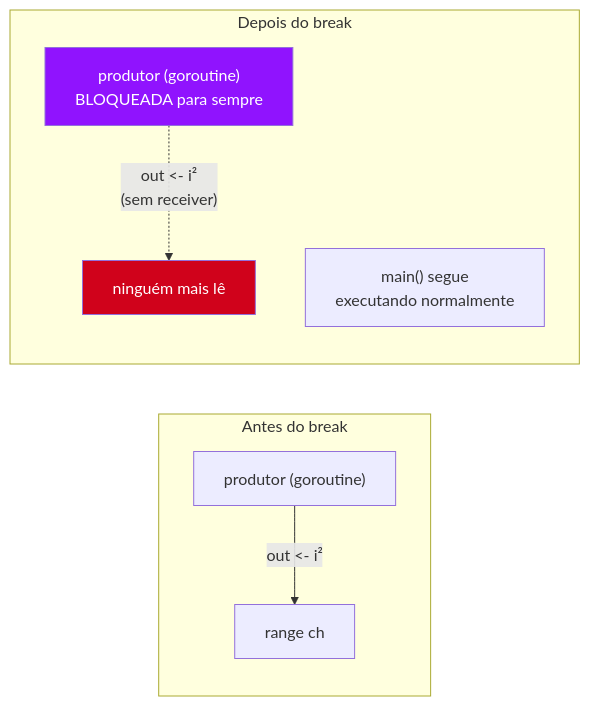
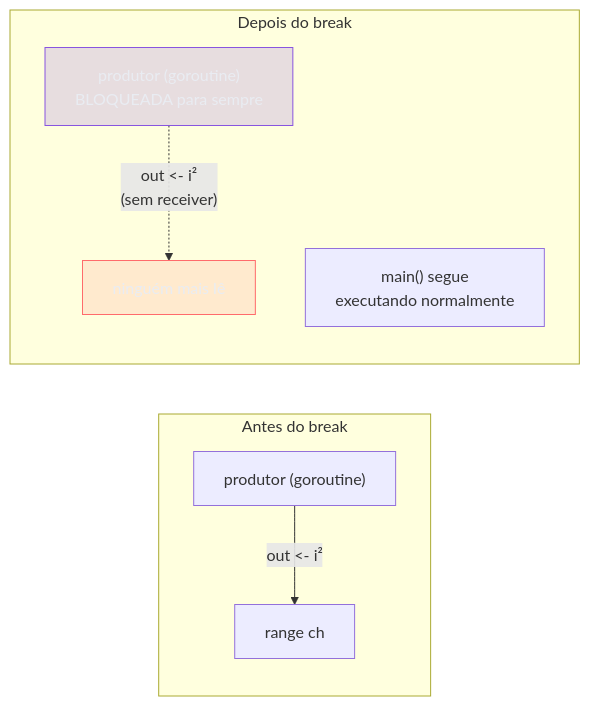
One commit to josenaldo/codex-technomanticus changed the third of 4 diagrams in 03-Dominios/Tecnologia/Go/08 - Channels e select/08 - Armadilhas de channels.md. Above: the diagram before and after it, drawn with Mermaid. The commit also changed other lines of this file and 1181 other files, not shown here.

First line of the commit message:
fix(diagramas): paleta do sistema no lugar de cor cravada no markdown

````diff
--- a/03-Dominios/Tecnologia/Go/08 - Channels e select/08 - Armadilhas de channels.md
+++ b/03-Dominios/Tecnologia/Go/08 - Channels e select/08 - Armadilhas de channels.md
@@ -253,13 +256,15 @@
 ```mermaid
 flowchart LR
+    classDef marca fill:#8855DF33,stroke:#8855DF,color:#E9ECF2
+    classDef falha fill:#FF6B6B24,stroke:#FF6B6B,color:#E9ECF2
     subgraph Antes["Antes do break"]
         P1["produtor (goroutine)"] -->|"out <- i²"| C1["range ch"]
     end
     subgraph Depois["Depois do break"]
         P2["produtor (goroutine)\nBLOQUEADA para sempre"] -.->|"out <- i²\n(sem receiver)"| X["ninguém mais lê"]
         C2["main() segue\nexecutando normalmente"]
     end
 
-    style P2 fill:#9013FE,color:#fff
-    style X fill:#D0021B,color:#fff
+    class P2 marca
+    class X falha
 ```
````
